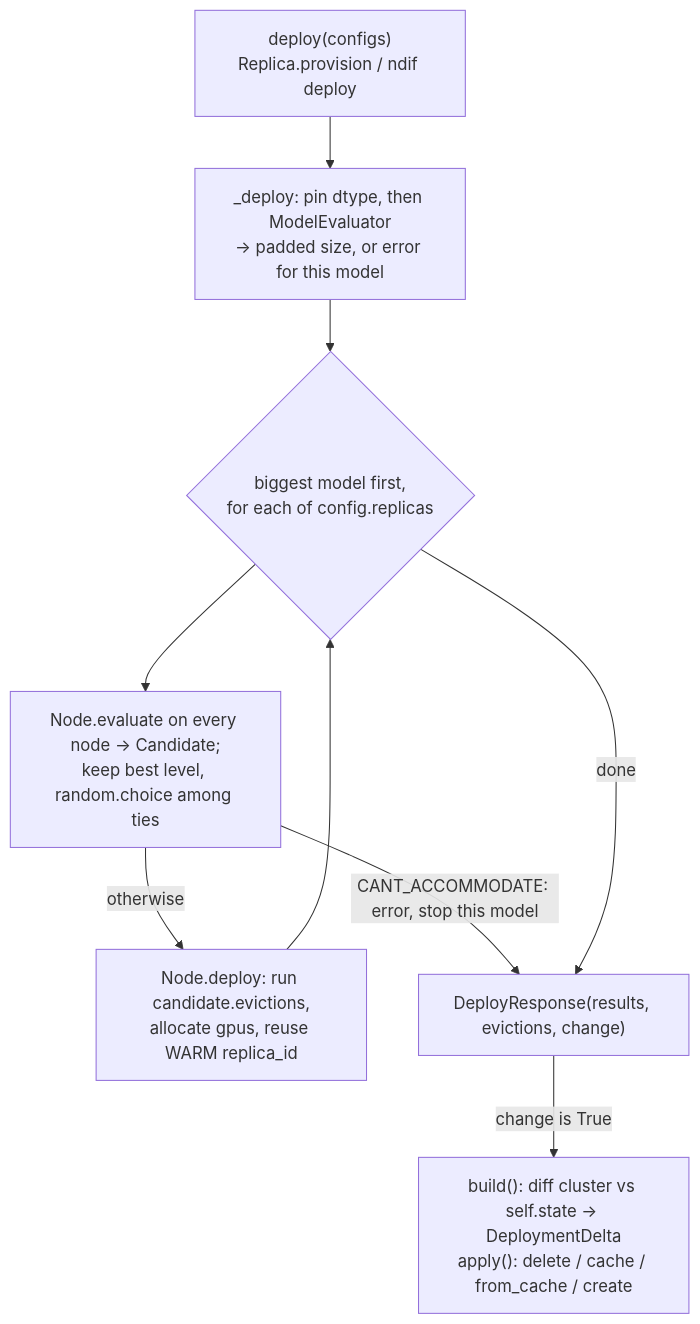
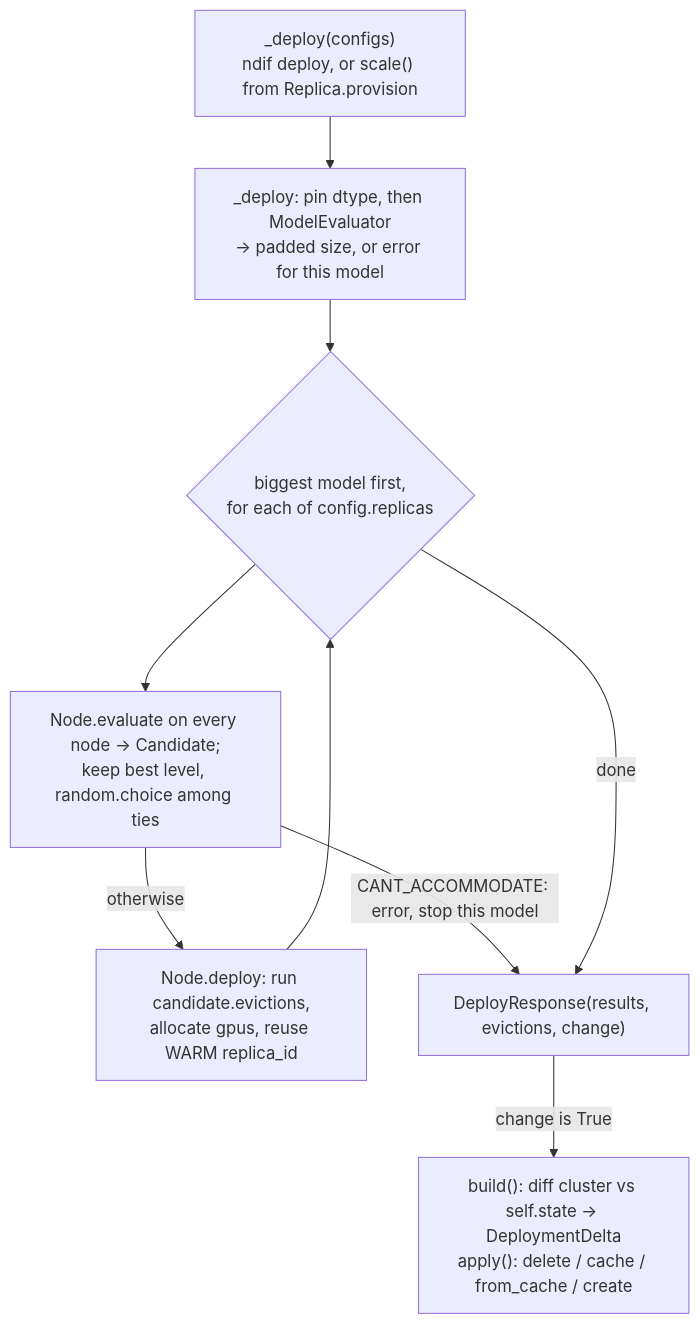
The diagram in docs/developing/controller-internals.md (ndif-team/ndif), drawn with Mermaid before and after one commit. The commit also changed other lines of this file and 64 other files, not shown here.

````diff
--- a/docs/developing/controller-internals.md
+++ b/docs/developing/controller-internals.md
@@ -203,15 +205,15 @@
 ```mermaid
 flowchart TB
-  REQ["deploy(configs)<br/>Replica.provision / ndif deploy"]
+  REQ["_deploy(configs)<br/>ndif deploy, or scale() from Replica.provision"]
   EV["_deploy: pin dtype, then ModelEvaluator<br/>-> padded size, or error for this model"]
   LOOP{"biggest model first,<br/>for each of config.replicas"}
   GRADE["Node.evaluate on every node -> Candidate;<br/>keep best level, random.choice among ties"]
   PLACE["Node.deploy: run candidate.evictions,<br/>allocate gpus, reuse WARM replica_id"]
   RESP["DeployResponse(results, evictions, change)"]
   APPLY["build(): diff cluster vs self.state -> DeploymentDelta<br/>apply(): delete / cache / from_cache / create"]
   REQ --> EV --> LOOP --> GRADE
   GRADE -->|CANT_ACCOMMODATE: error, stop this model| RESP
   GRADE -->|otherwise| PLACE --> LOOP
   LOOP -->|done| RESP
   RESP -->|change is True| APPLY
 ```
````
